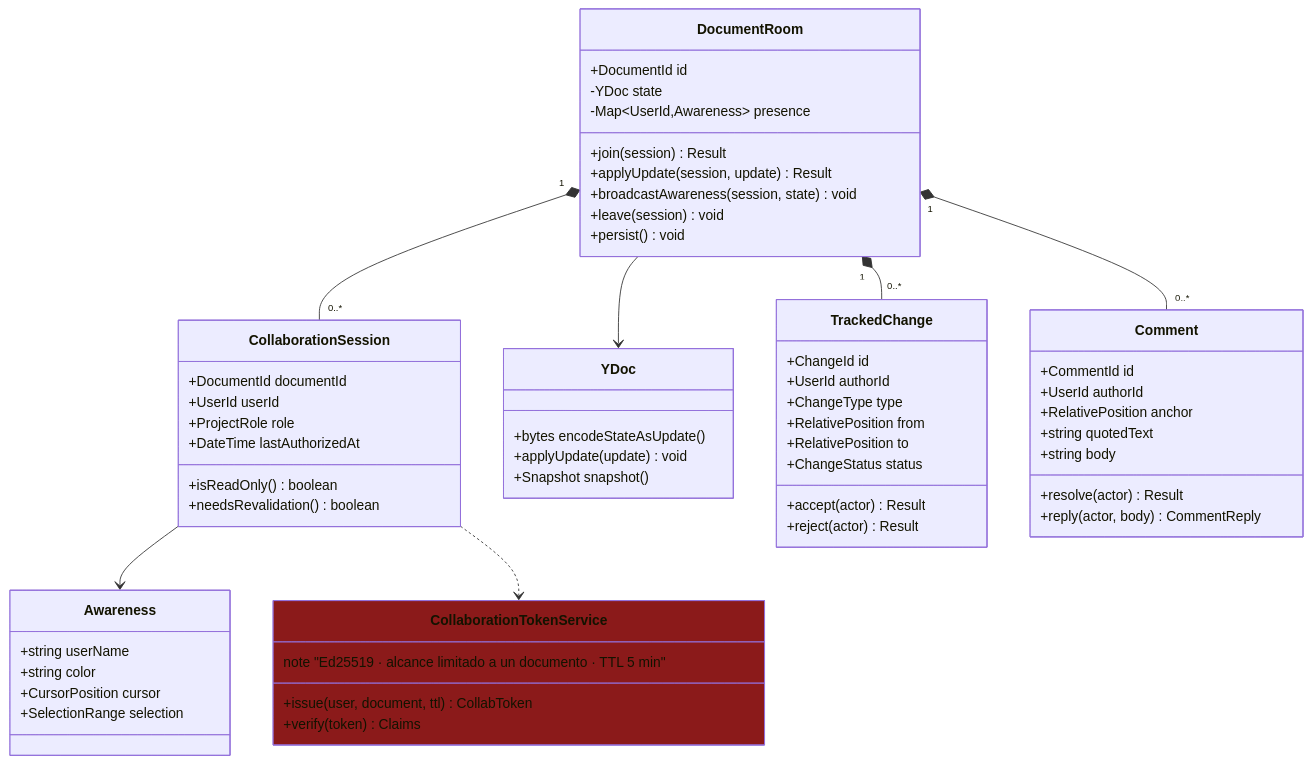
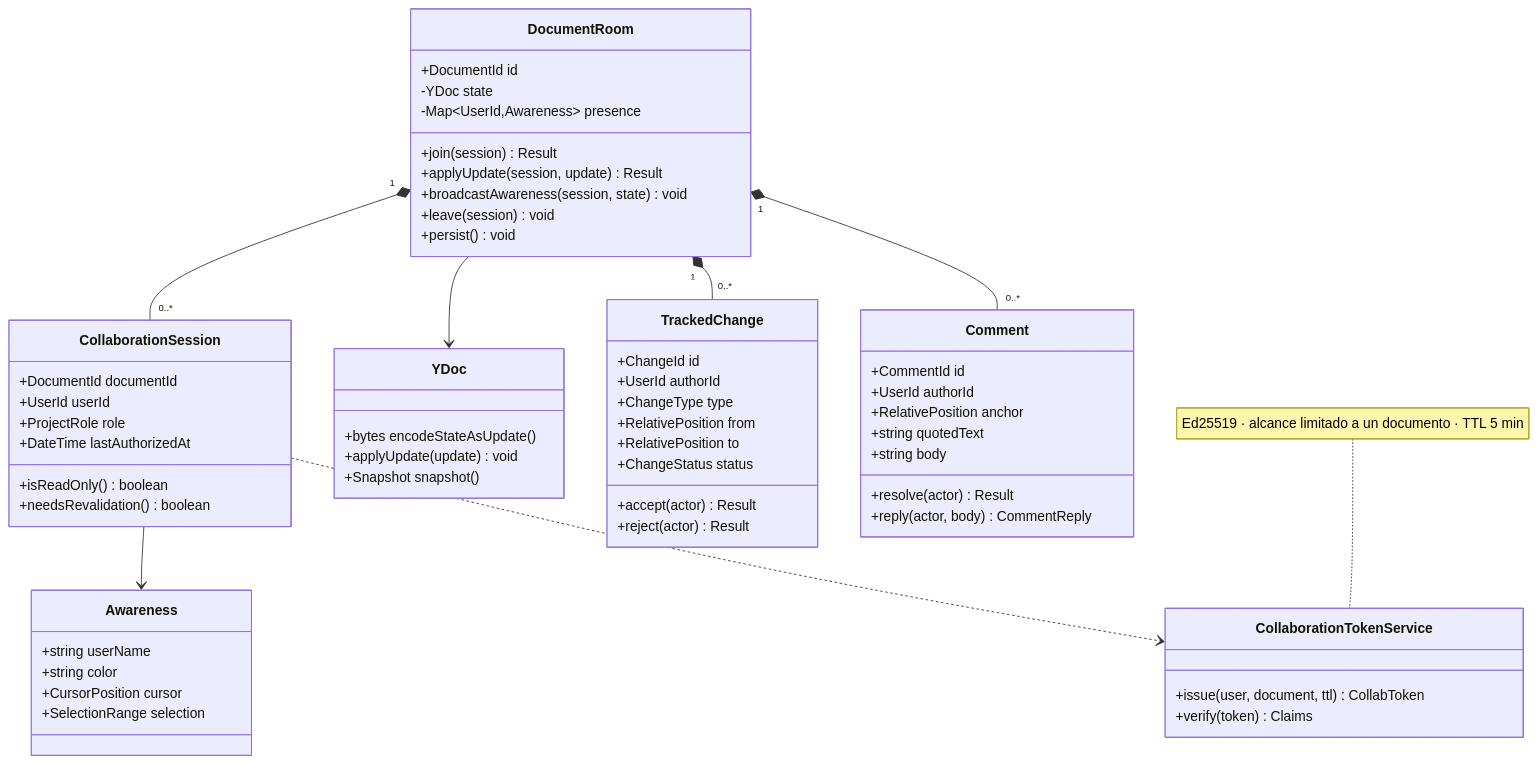
The fifth of 22 diagrams in docs/docs/08-Diagramas-UML.md (SecurTex-Devs/securetex), drawn with Mermaid before and after one commit. The commit also changed other lines of this file and 5 other files, not shown here.

Commit message:
fix(docs): valida diagramas y registra la revisión local

````diff
--- a/docs/docs/08-Diagramas-UML.md
+++ b/docs/docs/08-Diagramas-UML.md
@@ -344,71 +343,71 @@
 ```mermaid
 classDiagram
     class CollaborationSession {
         +DocumentId documentId
         +UserId userId
         +ProjectRole role
         +DateTime lastAuthorizedAt
         +isReadOnly() boolean
         +needsRevalidation() boolean
     }
 
     class DocumentRoom {
         +DocumentId id
         -YDoc state
         -Map~UserId,Awareness~ presence
         +join(session) Result
         +applyUpdate(session, update) Result
         +broadcastAwareness(session, state) void
         +leave(session) void
         +persist() void
     }
 
     class YDoc {
         +bytes encodeStateAsUpdate()
         +applyUpdate(update) void
         +Snapshot snapshot()
     }
 
     class Awareness {
         +string userName
         +string color
         +CursorPosition cursor
         +SelectionRange selection
     }
 
     class TrackedChange {
         +ChangeId id
         +UserId authorId
         +ChangeType type
         +RelativePosition from
         +RelativePosition to
         +ChangeStatus status
         +accept(actor) Result
         +reject(actor) Result
     }
 
     class Comment {
         +CommentId id
         +UserId authorId
         +RelativePosition anchor
         +string quotedText
         +string body
         +resolve(actor) Result
         +reply(actor, body) CommentReply
     }
 
     class CollaborationTokenService {
         +issue(user, document, ttl) CollabToken
         +verify(token) Claims
-        note "Ed25519 · alcance limitado a un documento · TTL 5 min"
     }
+    note for CollaborationTokenService "Ed25519 · alcance limitado a un documento · TTL 5 min"
 
     DocumentRoom "1" *-- "0..*" CollaborationSession
     DocumentRoom --> YDoc
     CollaborationSession --> Awareness
     DocumentRoom "1" *-- "0..*" TrackedChange
     DocumentRoom "1" *-- "0..*" Comment
     CollaborationSession ..> CollaborationTokenService
 
-    style CollaborationTokenService fill:#8b1a1a
+    cssClass "CollaborationTokenService" security
 ```
````
